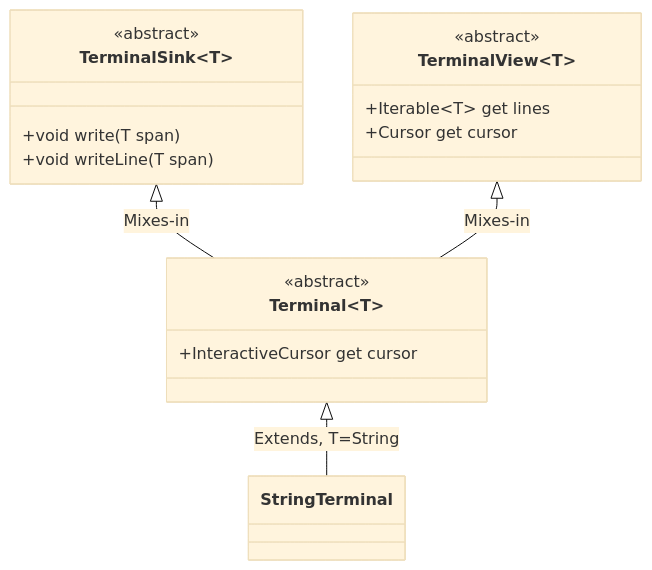
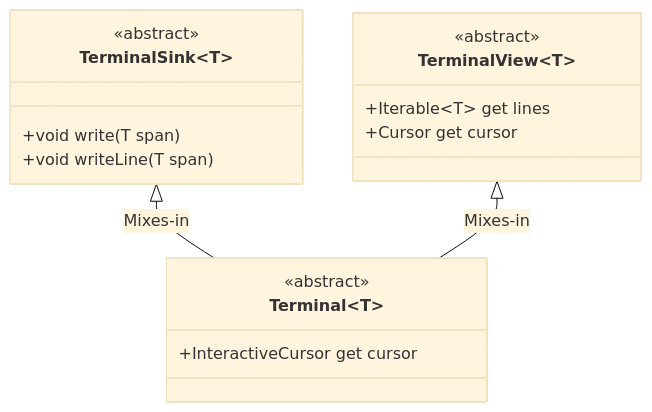
One commit to matanlurey/dt changed the diagram in README.md. Above: the diagram before and after it, drawn with Mermaid (base theme). The commit also changed other lines of this file and 8 other files, not shown here.

````diff
--- a/README.md
+++ b/README.md
@@ -68,20 +67,19 @@
 ```mermaid
 classDiagram
   class TerminalSink~T~
   <<abstract>> TerminalSink
     TerminalSink~T~ : +void write(T span)
     TerminalSink~T~ : +void writeLine(T span)
 
   class TerminalView~T~
   <<abstract>> TerminalView
     TerminalView~T~ : +Iterable~T~ get lines
     TerminalView~T~ : +Cursor get cursor
 
   class Terminal~T~
   <<abstract>> Terminal
     Terminal~T~ : +InteractiveCursor get cursor
   
   TerminalSink~T~ <|-- Terminal~T~ : Mixes-in
   TerminalView~T~ <|-- Terminal~T~ : Mixes-in
-  Terminal~T~ <|-- StringTerminal : Extends, T=String
 ```
````
